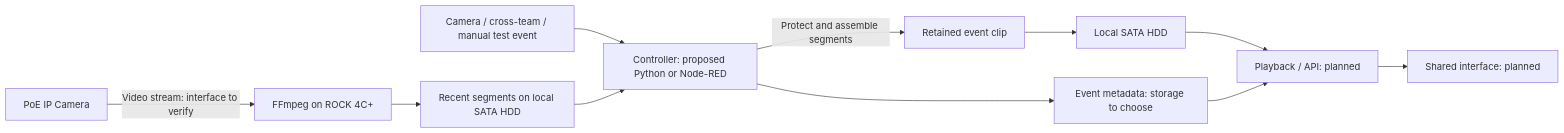
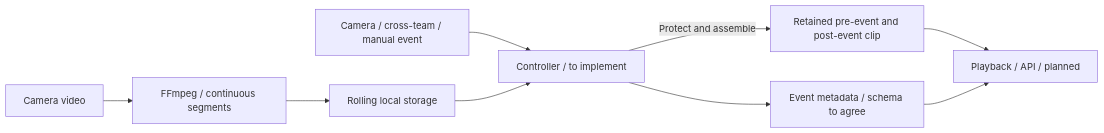
One commit to OrsonJyu/Lab-Studies-in-Systems-Design changed the second of 2 diagrams in docs/ARCHITECTURE.md. Above: the diagram before and after it, drawn with Mermaid. The commit also changed other lines of this file and 55 other files, not shown here.

````diff
--- a/docs/ARCHITECTURE.md
+++ b/docs/ARCHITECTURE.md
@@ -7,13 +23,11 @@
 ```mermaid
 flowchart LR
-    C[PoE IP Camera] -->|Video stream: interface to verify| F[FFmpeg on ROCK 4C+]
-    F --> B[Recent segments on local SATA HDD]
-    E[Camera / cross-team / manual test event] --> Q[Controller: proposed Python or Node-RED]
+    C[Camera video] --> F[FFmpeg / continuous segments]
+    F --> B[Rolling local storage]
+    E[Camera / cross-team / manual event] --> Q[Controller / to implement]
     B --> Q
-    Q -->|Protect and assemble segments| V[Retained event clip]
-    V --> H[Local SATA HDD]
-    Q --> M[Event metadata: storage to choose]
-    H --> A[Playback / API: planned]
+    Q -->|Protect and assemble| V[Retained pre-event and post-event clip]
+    Q --> M[Event metadata / schema to agree]
+    V --> A[Playback / API / planned]
     M --> A
-    A --> U[Shared interface: planned]
 ```
````
